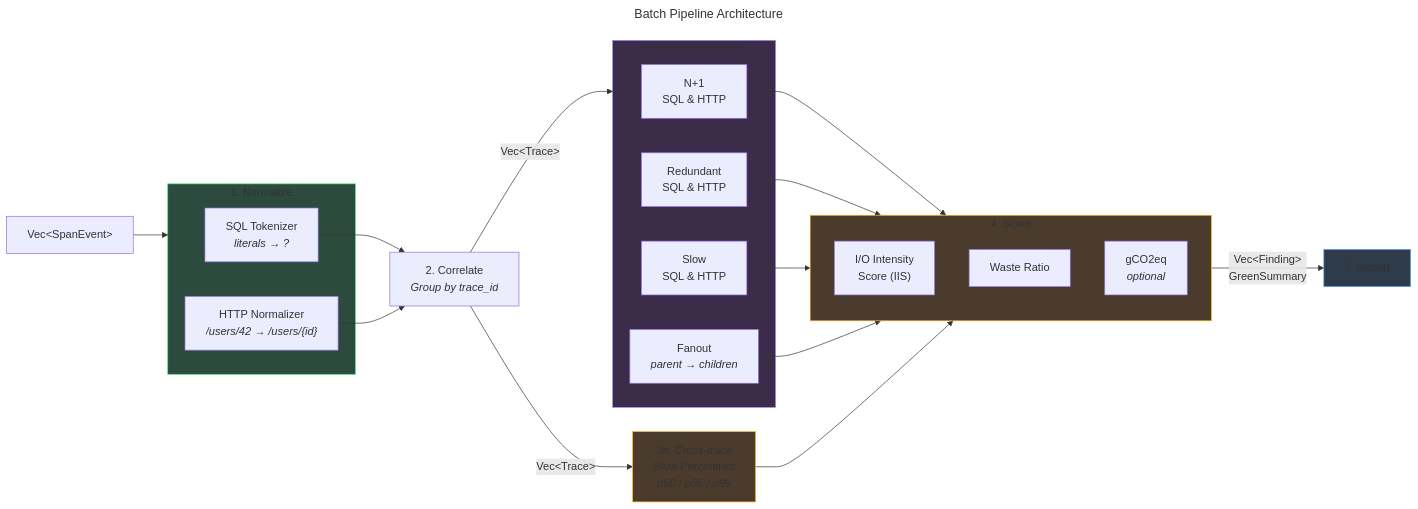
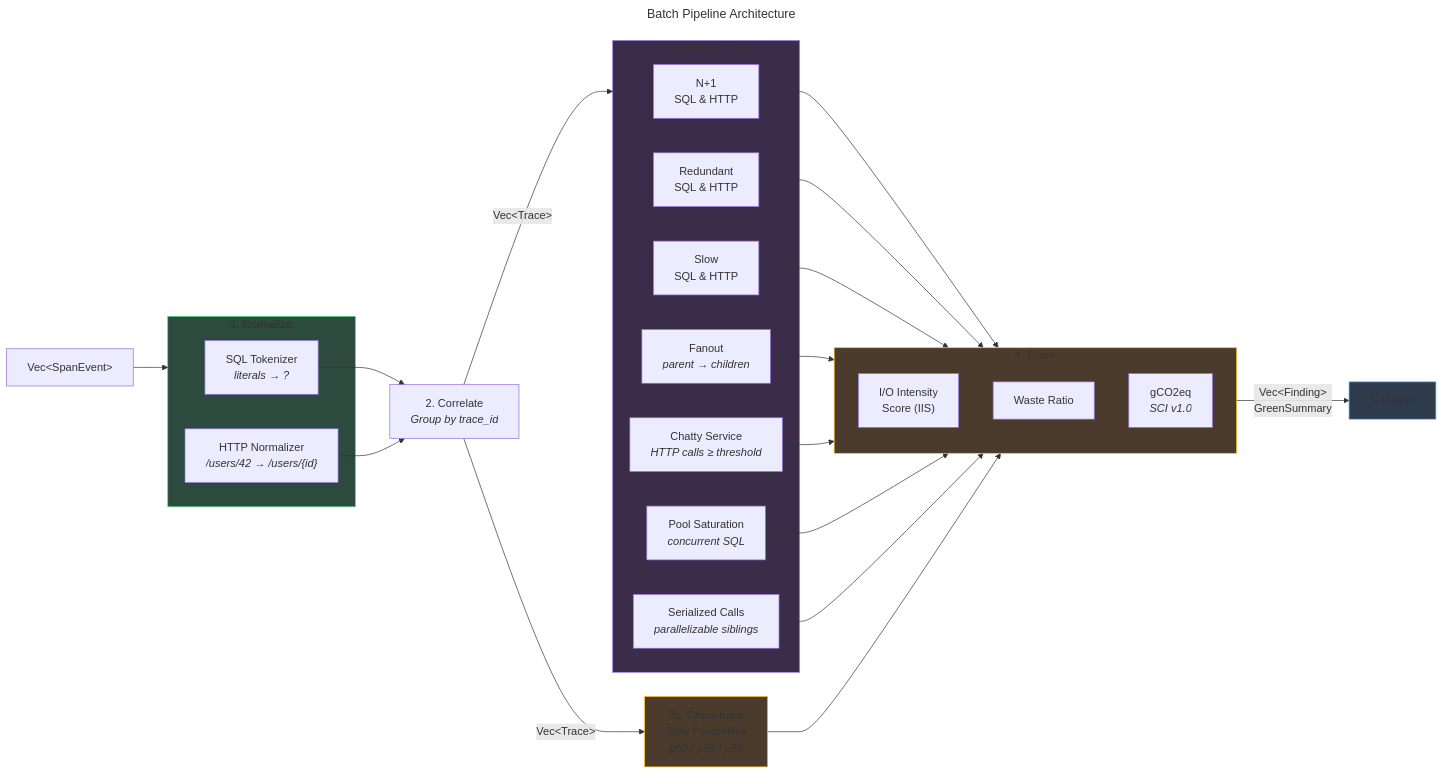
The diagram in docs/diagrams/mmd/pipeline.mmd (robintra/perf-sentinel), drawn with Mermaid before and after one commit. The commit also changed 71 other files, not shown here.

```diff
--- a/docs/diagrams/mmd/pipeline.mmd
+++ b/docs/diagrams/mmd/pipeline.mmd
@@ -1,47 +1,53 @@
 ---
 title: Batch Pipeline Architecture
 ---
 flowchart LR
     input["Vec&lt;SpanEvent&gt;"]
 
     subgraph normalize["1. Normalize"]
         sql["SQL Tokenizer<br/><i>literals &rarr; ?</i>"]
         http["HTTP Normalizer<br/><i>/users/42 &rarr; /users/{id}</i>"]
     end
 
     correlate["2. Correlate<br/><i>Group by trace_id</i>"]
 
     subgraph detect["3. Detect (per-trace)"]
         npo["N+1<br/>SQL &amp; HTTP"]
         red["Redundant<br/>SQL &amp; HTTP"]
         slow["Slow<br/>SQL &amp; HTTP"]
         fan["Fanout<br/><i>parent &rarr; children</i>"]
+        chatty["Chatty Service<br/><i>HTTP calls &ge; threshold</i>"]
+        pool["Pool Saturation<br/><i>concurrent SQL</i>"]
+        serial["Serialized Calls<br/><i>parallelizable siblings</i>"]
     end
 
     cross["3b. Cross-trace<br/>Slow Percentiles<br/><i>p50 / p95 / p99</i>"]
 
     subgraph score["4. Score"]
         iis["I/O Intensity<br/>Score (IIS)"]
         waste["Waste Ratio"]
-        co2["gCO2eq<br/><i>optional</i>"]
+        co2["gCO2eq<br/><i>SCI v1.0</i>"]
     end
 
     report["5. Report"]
 
     input --> normalize
     sql --> correlate
     http --> correlate
     correlate -- "Vec&lt;Trace&gt;" --> detect
     correlate -- "Vec&lt;Trace&gt;" --> cross
     npo --> score
     red --> score
     slow --> score
     fan --> score
+    chatty --> score
+    pool --> score
+    serial --> score
     cross --> score
     score -- "Vec&lt;Finding&gt;<br/>GreenSummary" --> report
 
     style normalize fill:#2d4a3e,stroke:#4ade80
     style detect fill:#3b2d4a,stroke:#a78bfa
     style cross fill:#4a3b2d,stroke:#fbbf24
     style score fill:#4a3b2d,stroke:#fbbf24
     style report fill:#2d3b4a,stroke:#60a5fa
```
